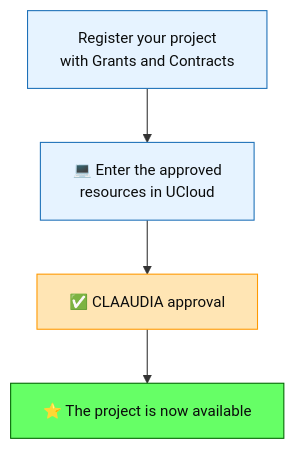
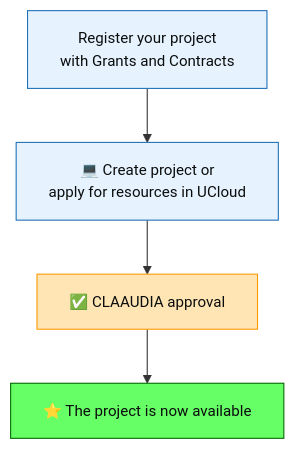
Before and after one commit to aau-claaudia/hpc: the diagram in docs/ucloud/guides/sensitive-data-on-ucloud.md, drawn with Mermaid.

Commit message:
Minor correction

````diff
--- a/docs/ucloud/guides/sensitive-data-on-ucloud.md
+++ b/docs/ucloud/guides/sensitive-data-on-ucloud.md
@@ -8,21 +8,21 @@
   ```mermaid
   graph TD
       A[Register your project <br/> with Grants and Contracts] 
-      A --> B[💻 Enter the approved <br/> resources in UCloud]
+      A --> B["💻 Create project or <br/>apply for resources in UCloud"]
       B --> C[✅ CLAAUDIA approval]
       C --> D[⭐ The project is now available]
 
       click A "https://aaudk.sharepoint.com/sites/persondata-ressourcer/SitePages/Registrations%20og%20reports%20(Online%20forms).aspx" "Open Grants and Contracts registration" _blank
       click B "https://cloud.sdu.dk/app/dashboard" "Open UCloud dashboard" _blank
 
 
           %% Define classes for colors
     classDef User fill:#e6f3ff,stroke:#1d70b8,color:#0b0c0c,font-size:14px;
     classDef CLAAUDIA fill:#ffe5b4,stroke:#ff9900,color:#0b0c0c,font-size:14px;
     classDef Completed fill:#66ff66,stroke:#006600,color:#0b0c0c,font-size:14px;
 
     %% Assign classes
     class A,B User;
     class C CLAAUDIA;
     class D Completed;
   ```
````
